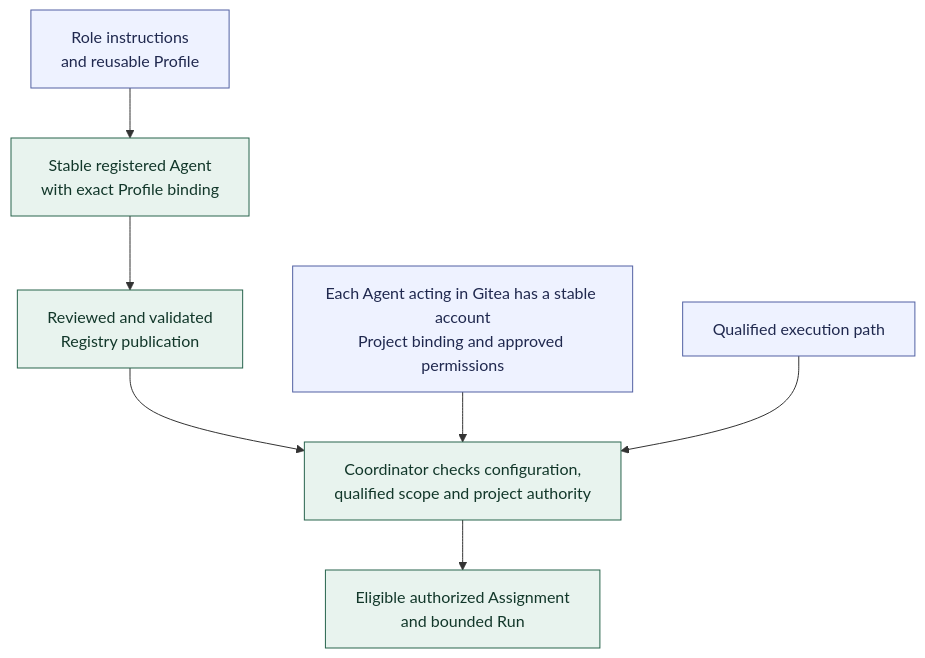
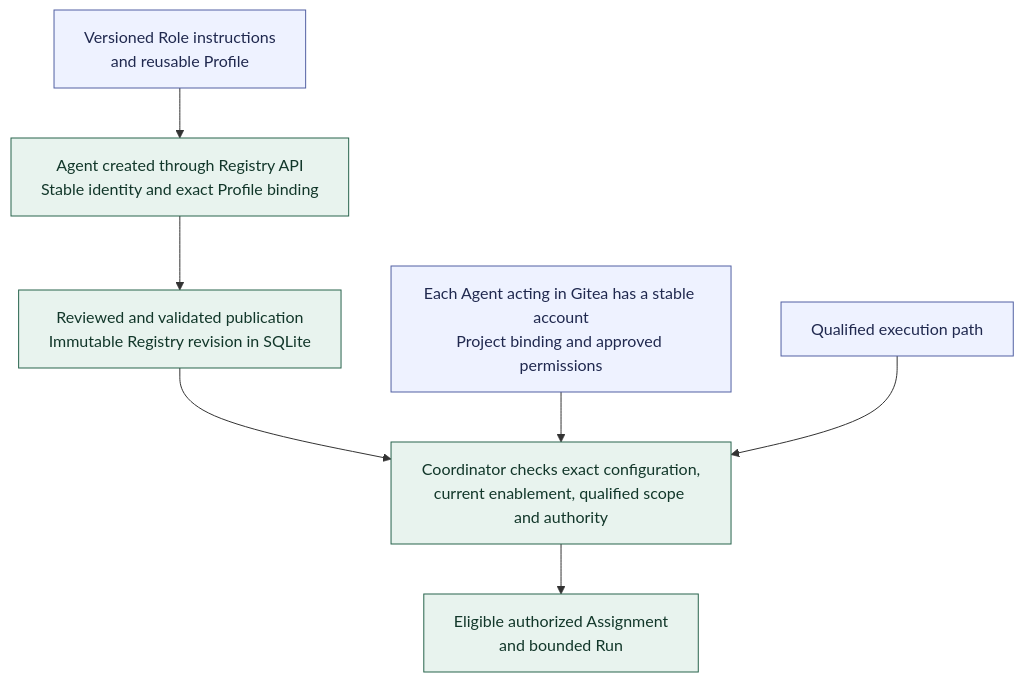
One commit to andrii2g/mobiraeon changed the diagram in docs/diagrams/agent-setup-and-gitea.md. Above: the diagram before and after it, drawn with Mermaid. The commit also changed other lines of this file and 6 other files, not shown here.

Commit message:
updated diagrams

````diff
--- a/docs/diagrams/agent-setup-and-gitea.md
+++ b/docs/diagrams/agent-setup-and-gitea.md
@@ -5,19 +5,19 @@
 ```mermaid
 ---
 config:
   flowchart:
     wrappingWidth: 280
 ---
 flowchart TB
-    PROFILE["Role instructions<br/>and reusable Profile"] --> AGENT["Stable registered Agent<br/>with exact Profile binding"]
-    AGENT --> PUBLISH["Reviewed and validated<br/>Registry publication"]
-    PUBLISH --> ELIGIBLE["Coordinator checks configuration,<br/>qualified scope and project authority"]
+    PROFILE["Versioned Role instructions<br/>and reusable Profile"] --> AGENT["Agent created through Registry API<br/>Stable identity and exact Profile binding"]
+    AGENT --> PUBLISH["Reviewed and validated publication<br/>Immutable Registry revision in SQLite"]
+    PUBLISH --> ELIGIBLE["Coordinator checks exact configuration,<br/>current enablement, qualified scope and authority"]
     FORGE["Each Agent acting in Gitea has a stable account<br/>Project binding and approved permissions"] --> ELIGIBLE
     QUALIFIED["Qualified execution path"] --> ELIGIBLE
     ELIGIBLE --> RUN["Eligible authorized Assignment<br/>and bounded Run"]
 
     classDef agreed fill:#e8f3ee,stroke:#28644d,color:#12372a;
     classDef boundary fill:#eef2ff,stroke:#5261a3,color:#20294f;
     class AGENT,PUBLISH,ELIGIBLE,RUN agreed;
     class PROFILE,FORGE,QUALIFIED boundary;
 ```
````
